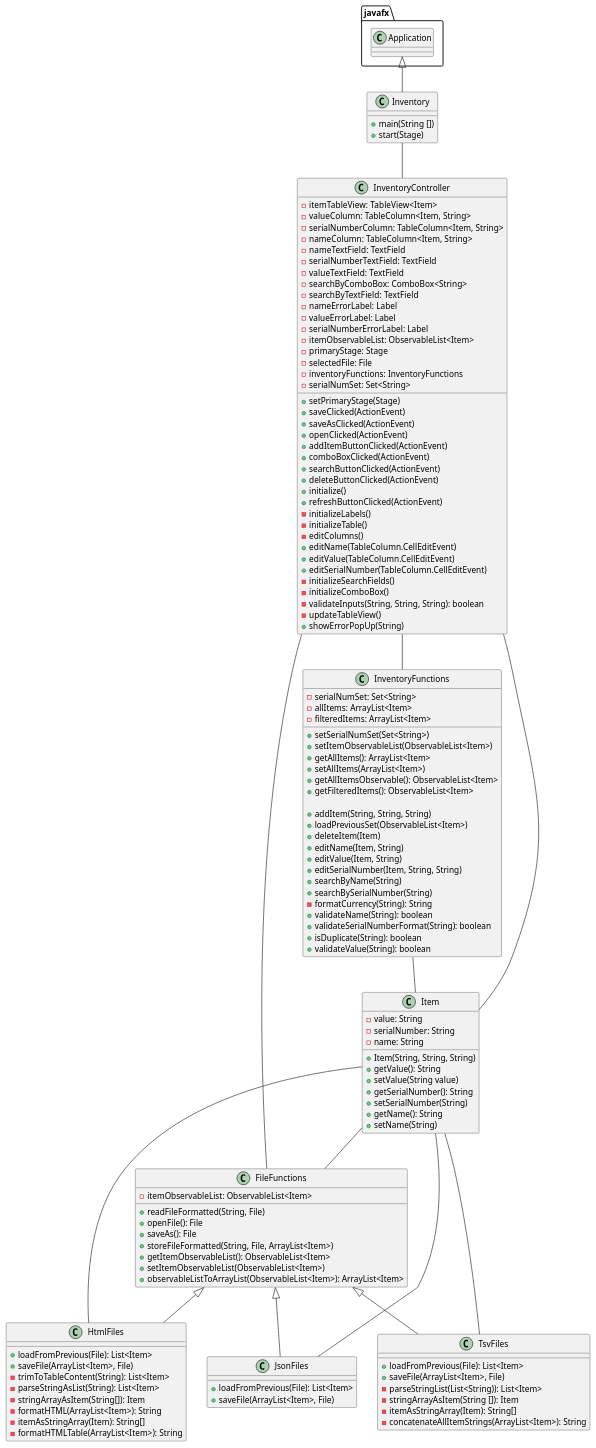
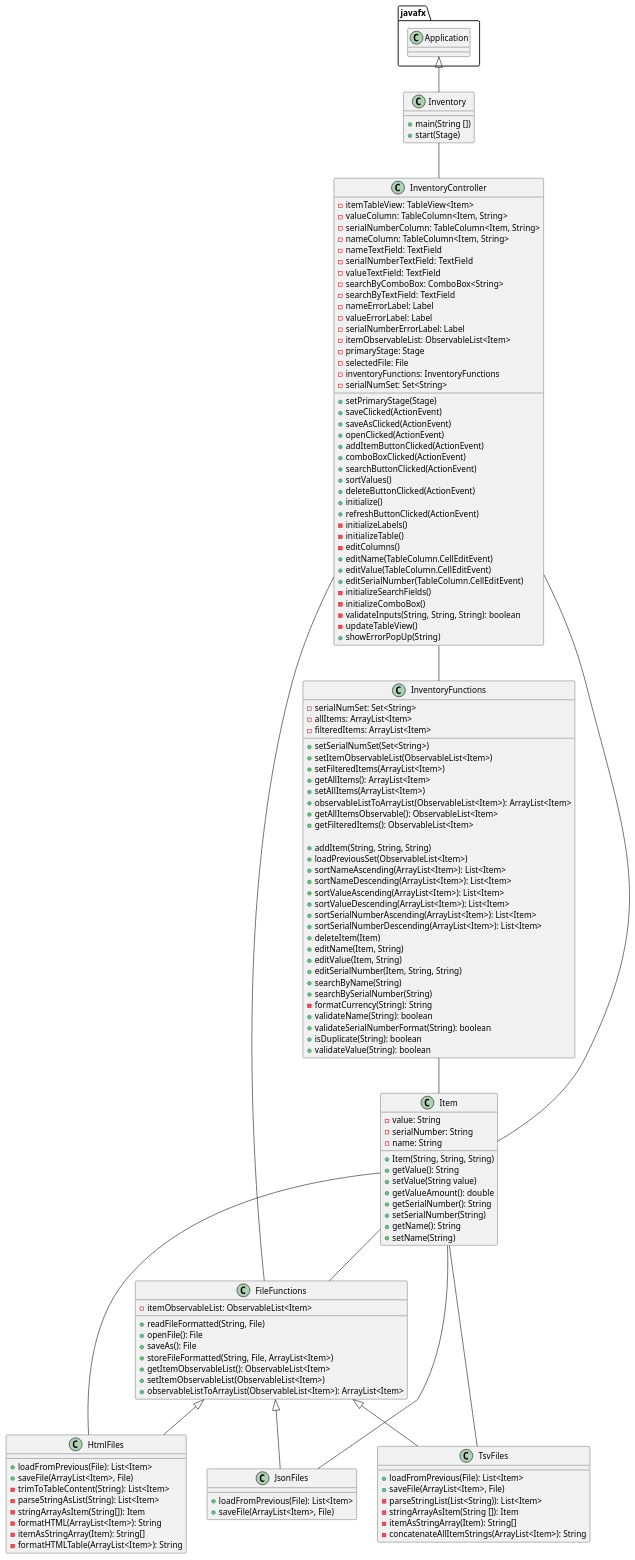
One commit to ivy-nguyen18/nguyen-6246-a5 changed the diagram in uml/InventoryApp.puml. Above: the diagram before and after it, drawn with PlantUML. The commit also changed 10 other files, not shown here.

```diff
--- a/uml/InventoryApp.puml
+++ b/uml/InventoryApp.puml
@@ -1,145 +1,155 @@
 @startuml
 'https://plantuml.com/class-diagram
 
 class Inventory{
     + main(String [])
     + start(Stage)
 }
 
 class FileFunctions{
     - itemObservableList: ObservableList<Item>
     + readFileFormatted(String, File)
     + openFile(): File
     + saveAs(): File
     + storeFileFormatted(String, File, ArrayList<Item>)
     + getItemObservableList(): ObservableList<Item>
     + setItemObservableList(ObservableList<Item>)
     + observableListToArrayList(ObservableList<Item>): ArrayList<Item>
 }
 
 class JsonFiles{
     + loadFromPrevious(File): List<Item>
     + saveFile(ArrayList<Item>, File)
 }
 
 class TsvFiles{
     + loadFromPrevious(File): List<Item>
     + saveFile(ArrayList<Item>, File)
     - parseStringList(List<String)): List<Item>
     - stringArrayAsItem(String []): Item
     - itemAsStringArray(Item): String[]
     - concatenateAllItemStrings(ArrayList<Item>): String
 }
 
 class HtmlFiles{
      + loadFromPrevious(File): List<Item>
      + saveFile(ArrayList<Item>, File)
      - trimToTableContent(String): List<Item>
      - parseStringAsList(String): List<Item>
      - stringArrayAsItem(String[]): Item
      - formatHTML(ArrayList<Item>): String
      - itemAsStringArray(Item): String[]
      - formatHTMLTable(ArrayList<Item>): String
 }
 
 class InventoryController{
     - itemTableView: TableView<Item>
     - valueColumn: TableColumn<Item, String>
     - serialNumberColumn: TableColumn<Item, String>
     - nameColumn: TableColumn<Item, String>
     - nameTextField: TextField
     - serialNumberTextField: TextField
     - valueTextField: TextField
     - searchByComboBox: ComboBox<String>
     - searchByTextField: TextField
     - nameErrorLabel: Label
     - valueErrorLabel: Label
     - serialNumberErrorLabel: Label
     - itemObservableList: ObservableList<Item>
     - primaryStage: Stage
     - selectedFile: File
     - inventoryFunctions: InventoryFunctions
     - serialNumSet: Set<String>
 
 
     + setPrimaryStage(Stage)
     + saveClicked(ActionEvent)
     + saveAsClicked(ActionEvent)
     + openClicked(ActionEvent)
     + addItemButtonClicked(ActionEvent)
     + comboBoxClicked(ActionEvent)
     + searchButtonClicked(ActionEvent)
+    + sortValues()
     + deleteButtonClicked(ActionEvent)
     + initialize()
     + refreshButtonClicked(ActionEvent)
     - initializeLabels()
     - initializeTable()
     - editColumns()
     + editName(TableColumn.CellEditEvent)
     + editValue(TableColumn.CellEditEvent)
     + editSerialNumber(TableColumn.CellEditEvent)
     - initializeSearchFields()
     - initializeComboBox()
     - validateInputs(String, String, String): boolean
     - updateTableView()
     + showErrorPopUp(String)
 }
 
 class InventoryFunctions{
     - serialNumSet: Set<String>
     - allItems: ArrayList<Item>
     - filteredItems: ArrayList<Item>
 
     + setSerialNumSet(Set<String>)
     + setItemObservableList(ObservableList<Item>)
+    + setFilteredItems(ArrayList<Item>)
     + getAllItems(): ArrayList<Item>
     + setAllItems(ArrayList<Item>)
+    + observableListToArrayList(ObservableList<Item>): ArrayList<Item>
     + getAllItemsObservable(): ObservableList<Item>
     + getFilteredItems(): ObservableList<Item>
 
     + addItem(String, String, String)
     + loadPreviousSet(ObservableList<Item>)
+    + sortNameAscending(ArrayList<Item>): List<Item>
+    + sortNameDescending(ArrayList<Item>): List<Item>
+    + sortValueAscending(ArrayList<Item>): List<Item>
+    + sortValueDescending(ArrayList<Item>): List<Item>
+    + sortSerialNumberAscending(ArrayList<Item>): List<Item>
+    + sortSerialNumberDescending(ArrayList<Item>): List<Item>
     + deleteItem(Item)
     + editName(Item, String)
     + editValue(Item, String)
     + editSerialNumber(Item, String, String)
     + searchByName(String)
     + searchBySerialNumber(String)
     - formatCurrency(String): String
     + validateName(String): boolean
     + validateSerialNumberFormat(String): boolean
     + isDuplicate(String): boolean
     + validateValue(String): boolean
 }
 
 class Item{
     - value: String
     - serialNumber: String
     - name: String
 
     + Item(String, String, String)
     + getValue(): String
     + setValue(String value)
+    + getValueAmount(): double
     + getSerialNumber(): String
     + setSerialNumber(String)
     + getName(): String
     + setName(String)
 }
 
 
 
 javafx.Application <|-- Inventory
 Inventory -- InventoryController
 InventoryController -- InventoryFunctions
 InventoryController -- Item
 InventoryFunctions -- Item
 FileFunctions -- InventoryController
 Item -- FileFunctions
 Item -- JsonFiles
 Item -- TsvFiles
 Item -- HtmlFiles
 FileFunctions <|-- JsonFiles
 FileFunctions <|-- TsvFiles
 FileFunctions <|-- HtmlFiles
 
 @enduml
```
